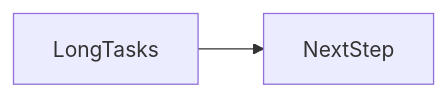
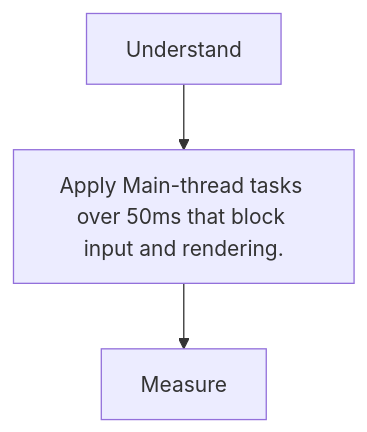
The second of 2 diagrams in docs/en/13-performance/long-tasks/index.md (OmidJavaherii/Frontend-Engineering-Handbook), drawn with Mermaid before and after one commit. The commit also changed other lines of this file and 461 other files, not shown here.

````diff
--- a/docs/en/13-performance/long-tasks/index.md
+++ b/docs/en/13-performance/long-tasks/index.md
@@ -94,4 +106,5 @@
 ```mermaid
-flowchart LR
-  concept[LongTasks] --> nextStep[NextStep]
+flowchart TD
+  A[Understand] --> B[Apply Main-thread tasks over 50ms that block input and rendering.]
+  B --> C[Measure]
 ```
````
